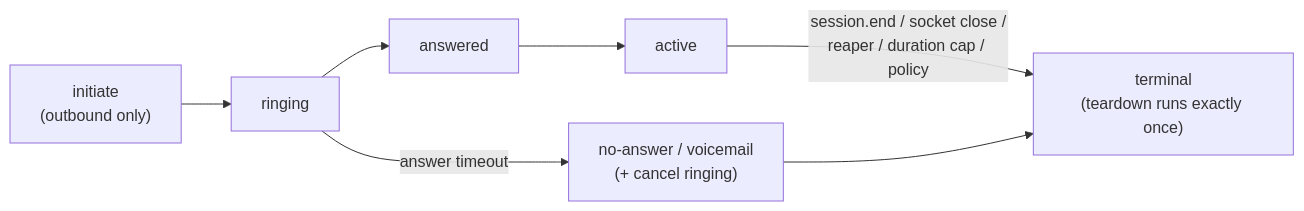
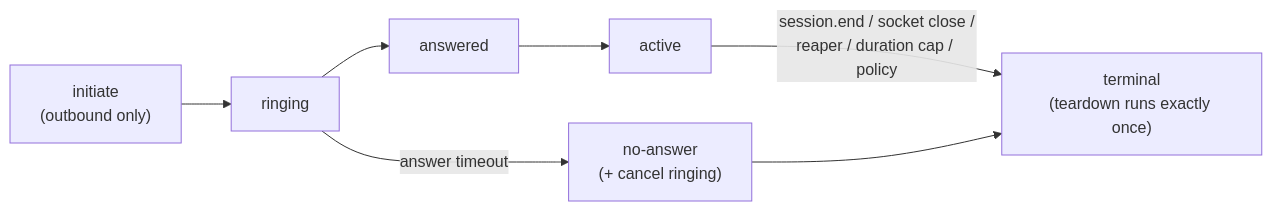
Before and after one commit to komaa-com/openclaw-msteams-bridge: the second of 3 diagrams in website/src/content/docs/architecture.md, drawn with Mermaid. The commit also changed 6 other files, not shown here.

````diff
--- a/website/src/content/docs/architecture.md
+++ b/website/src/content/docs/architecture.md
@@ -50,8 +50,8 @@
 ```mermaid
 flowchart LR
     initiate["initiate<br/>(outbound only)"] --> ringing
     ringing --> answered --> active
-    ringing -- "answer timeout" --> noanswer["no-answer / voicemail<br/>(+ cancel ringing)"]
+    ringing -- "answer timeout" --> noanswer["no-answer<br/>(+ cancel ringing)"]
     active -- "session.end / socket close /<br/>reaper / duration cap / policy" --> terminal["terminal<br/>(teardown runs exactly once)"]
     noanswer --> terminal
 ```
````
